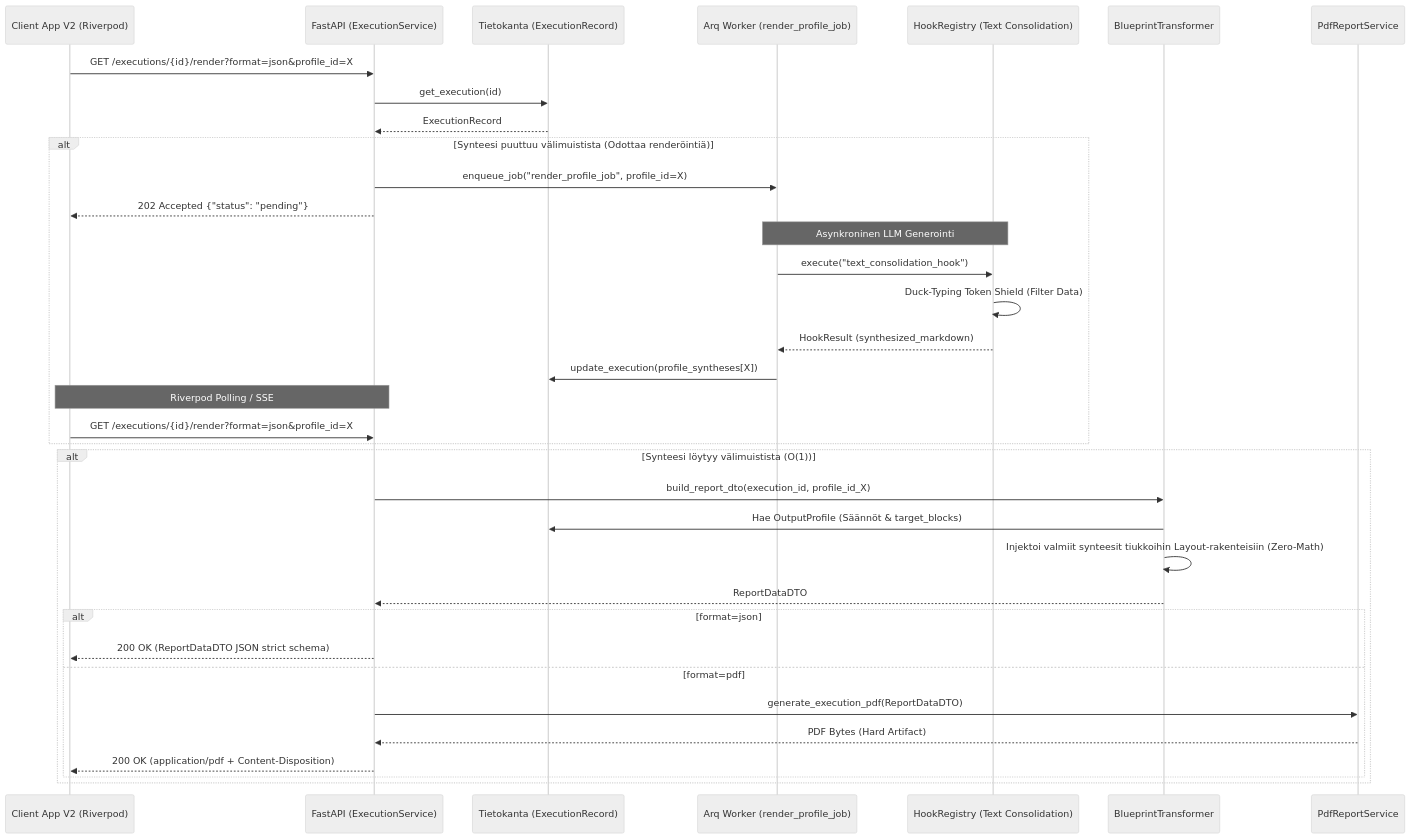
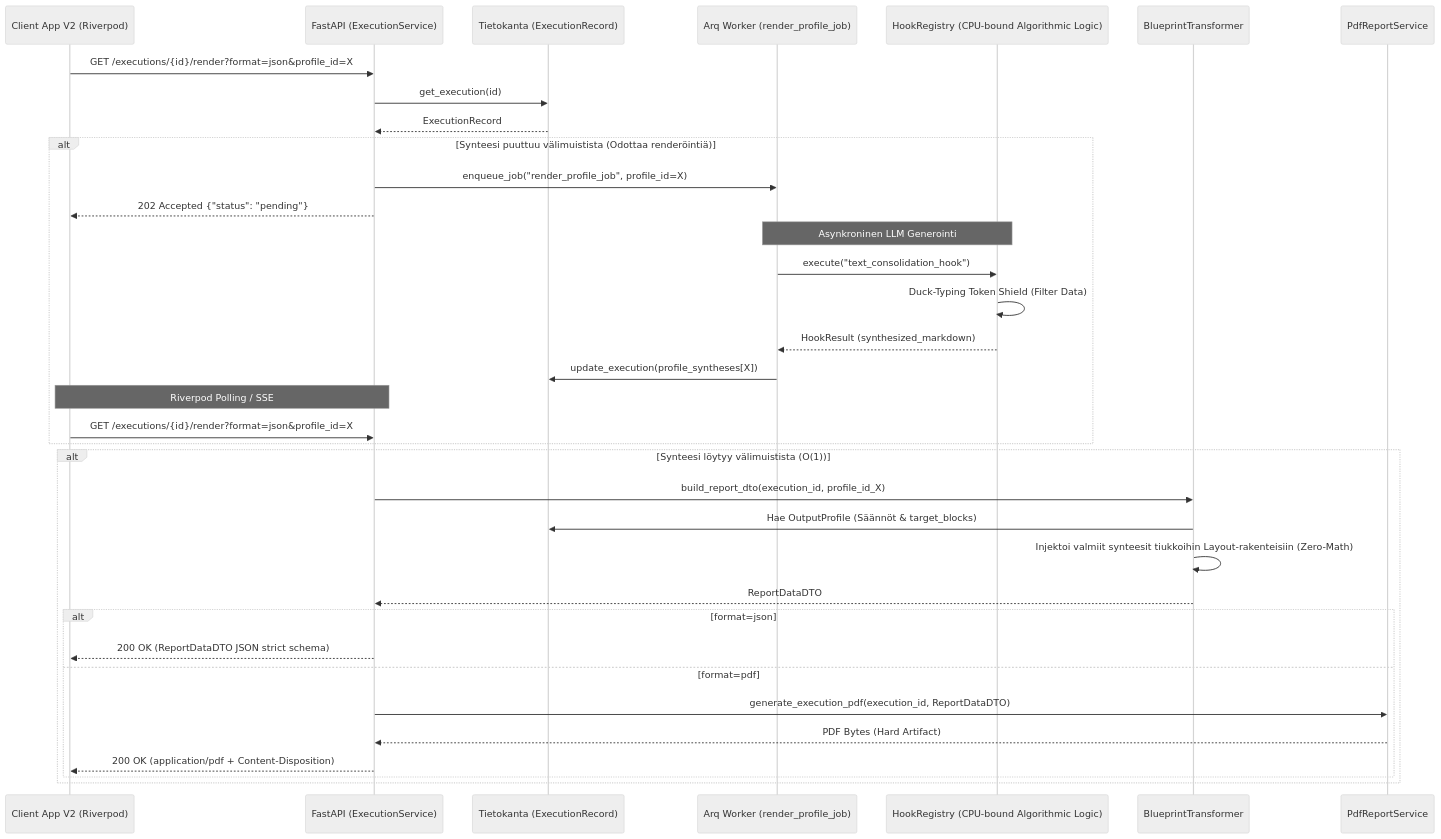
Before and after one commit to launis/quorum: the diagram in docs/architecture/08_dynamic_rendering_engine.md, drawn with Mermaid (neutral theme). The commit also changed other lines of this file and 10 other files, not shown here.

Commit message:
docs: initialize architectural documentation suite and agent directory reference for project structure and standards.

````diff
--- a/docs/architecture/08_dynamic_rendering_engine.md
+++ b/docs/architecture/08_dynamic_rendering_engine.md
@@ -27,42 +30,42 @@
 ```mermaid
 sequenceDiagram
     participant Client as Client App V2 (Riverpod)
     participant API as FastAPI (ExecutionService)
     participant Repo as Tietokanta (ExecutionRecord)
     participant Worker as Arq Worker (render_profile_job)
-    participant LLM as HookRegistry (Text Consolidation)
+    participant LLM as HookRegistry (CPU-bound Algorithmic Logic)
     participant BFF as BlueprintTransformer
     participant PDF as PdfReportService
 
     Client->>API: GET /executions/{id}/render?format=json&profile_id=X
     API->>Repo: get_execution(id)
     Repo-->>API: ExecutionRecord
     
     alt Synteesi puuttuu välimuistista (Odottaa renderöintiä)
         API->>Worker: enqueue_job("render_profile_job", profile_id=X)
         API-->>Client: 202 Accepted {"status": "pending"}
         note over Worker,LLM: Asynkroninen LLM Generointi
         Worker->>LLM: execute("text_consolidation_hook")
         LLM->>LLM: Duck-Typing Token Shield (Filter Data)
         LLM-->>Worker: HookResult (synthesized_markdown)
         Worker->>Repo: update_execution(profile_syntheses[X])
         
         note over Client,API: Riverpod Polling / SSE
         Client->>API: GET /executions/{id}/render?format=json&profile_id=X
     end
 
     alt Synteesi löytyy välimuistista (O(1))
         API->>BFF: build_report_dto(execution_id, profile_id_X)
         BFF->>Repo: Hae OutputProfile (Säännöt & target_blocks)
         BFF->>BFF: Injektoi valmiit synteesit tiukkoihin Layout-rakenteisiin (Zero-Math)
         BFF-->>API: ReportDataDTO
         
         alt format=json
             API-->>Client: 200 OK (ReportDataDTO JSON strict schema)
         else format=pdf
-            API->>PDF: generate_execution_pdf(ReportDataDTO)
+            API->>PDF: generate_execution_pdf(execution_id, ReportDataDTO)
             PDF-->>API: PDF Bytes (Hard Artifact)
             API-->>Client: 200 OK (application/pdf + Content-Disposition)
         end
     end
 ```
````
